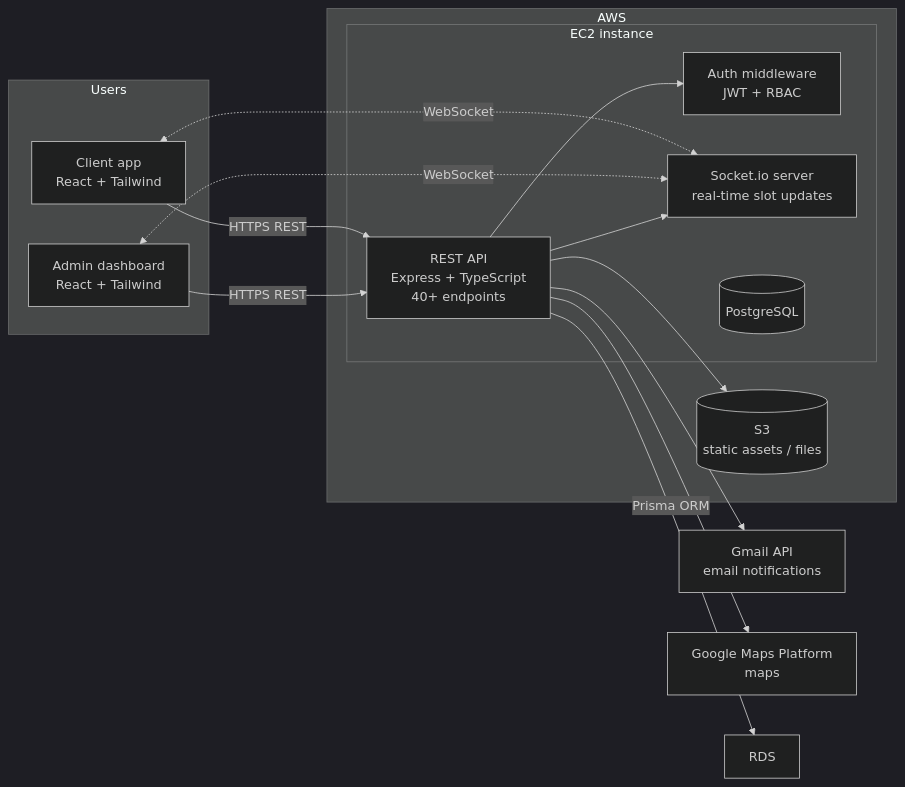
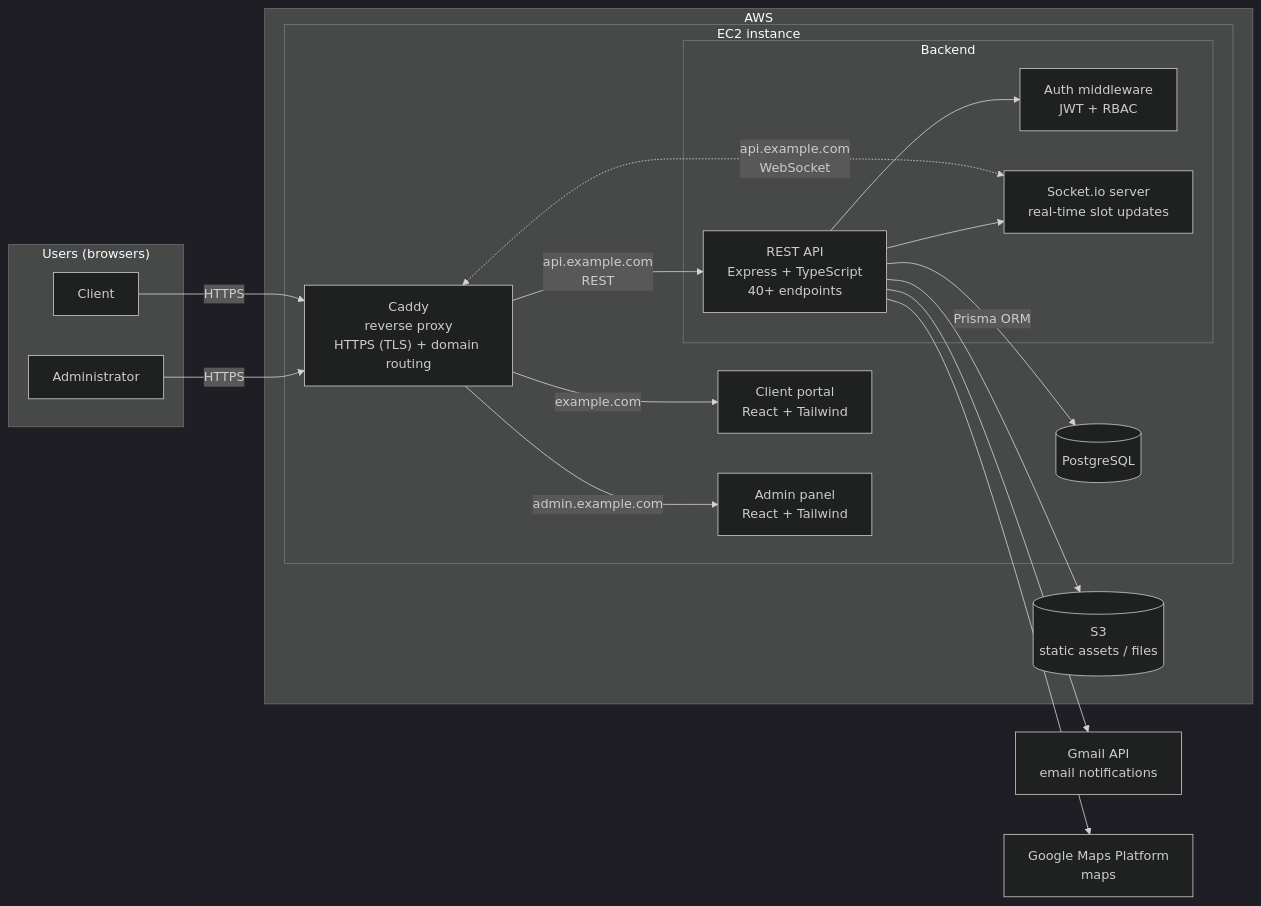
One commit to AmineZouh/booking-platform-case-study changed the diagram in README.md. Above: the diagram before and after it, drawn with Mermaid (dark theme).

Commit message:
Architecture suitness to the correct shape.

````diff
--- a/README.md
+++ b/README.md
@@ -55,31 +55,38 @@
 ```mermaid
 flowchart LR
-    subgraph Users["Users"]
-        C["Client app<br/>React + Tailwind"]
-        A["Admin dashboard<br/>React + Tailwind"]
+    subgraph Users["Users (browsers)"]
+        C["Client"]
+        A["Administrator"]
     end
 
     subgraph AWS["AWS"]
         subgraph Server["EC2 instance"]
-            API["REST API<br/>Express + TypeScript<br/>40+ endpoints"]
-            AUTH["Auth middleware<br/>JWT + RBAC"]
-            WS["Socket.io server<br/>real-time slot updates"]
+            CADDY["Caddy<br/>reverse proxy<br/>HTTPS (TLS) + domain routing"]
+            PORTAL["Client portal<br/>React + Tailwind"]
+            ADMIN["Admin panel<br/>React + Tailwind"]
+            subgraph Backend["Backend"]
+                API["REST API<br/>Express + TypeScript<br/>40+ endpoints"]
+                AUTH["Auth middleware<br/>JWT + RBAC"]
+                WS["Socket.io server<br/>real-time slot updates"]
+            end
             DB[("PostgreSQL")]
         end
         S3[("S3<br/>static assets / files")]
     end
 
     GMAIL["Gmail API<br/>email notifications"]
     GOOGLE["Google Maps Platform<br/>maps"]
 
-    C -->|HTTPS REST| API
-    A -->|HTTPS REST| API
-    C <-.->|WebSocket| WS
-    A <-.->|WebSocket| WS
+    C -->|HTTPS| CADDY
+    A -->|HTTPS| CADDY
+    CADDY -->|"example.com"| PORTAL
+    CADDY -->|"admin.example.com"| ADMIN
+    CADDY -->|"api.example.com<br/>REST"| API
+    CADDY <-.->|"api.example.com<br/>WebSocket"| WS
     API --> AUTH
     API --> WS
-    API -->|Prisma ORM| RDS
+    API -->|Prisma ORM| DB
     API --> S3
     API --> GMAIL
     API --> GOOGLE
 ```
````
